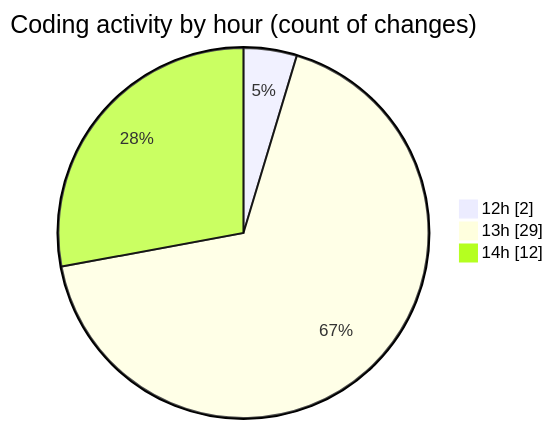
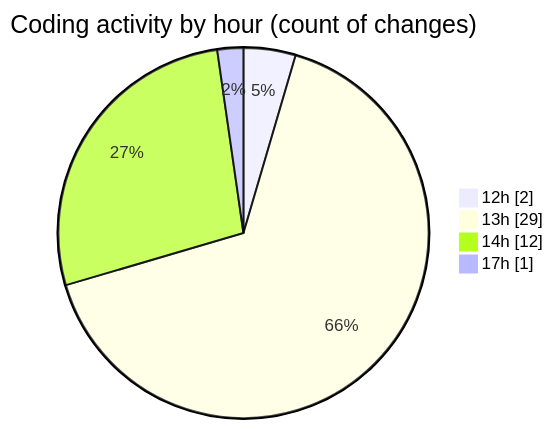
The second of 2 diagrams in 2025-06-20/studio-backend/README.md (idhammustaqopulfikri/code-tracking), drawn with Mermaid before and after one commit. The commit also changed other lines of this file and 1 other file, not shown here.

````diff
--- a/2025-06-20/studio-backend/README.md
+++ b/2025-06-20/studio-backend/README.md
@@ -35,7 +35,8 @@
 ```mermaid
 pie showData
 title Coding activity by hour (count of changes)
 "12h" : 2
 "13h" : 29
 "14h" : 12
+"17h" : 1
 ```
````
